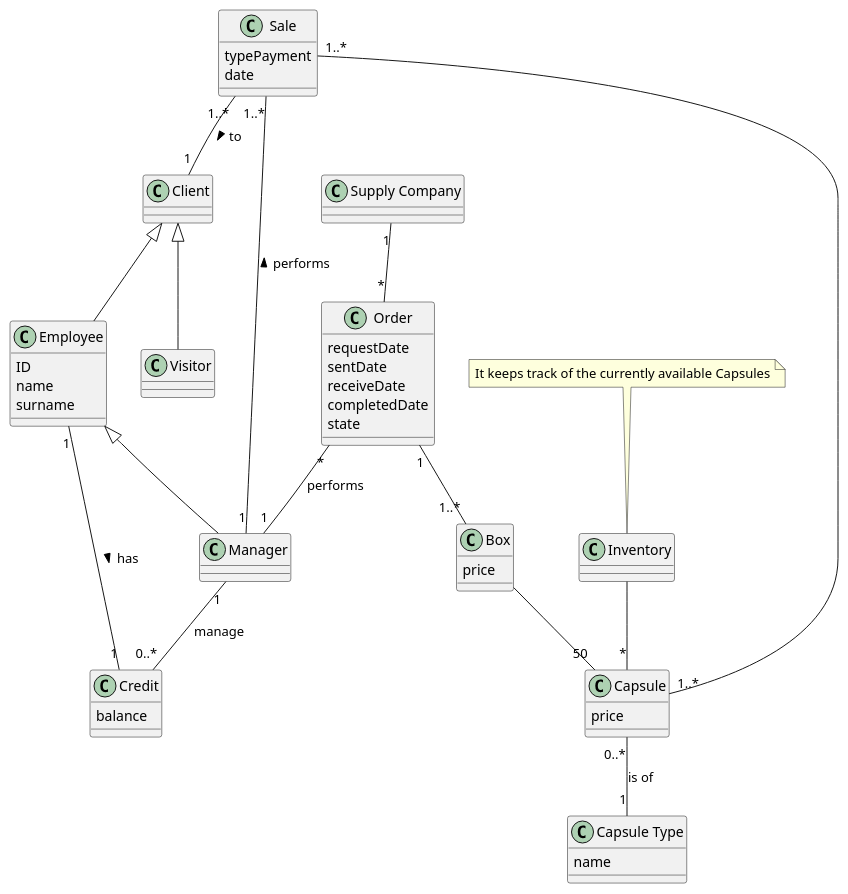
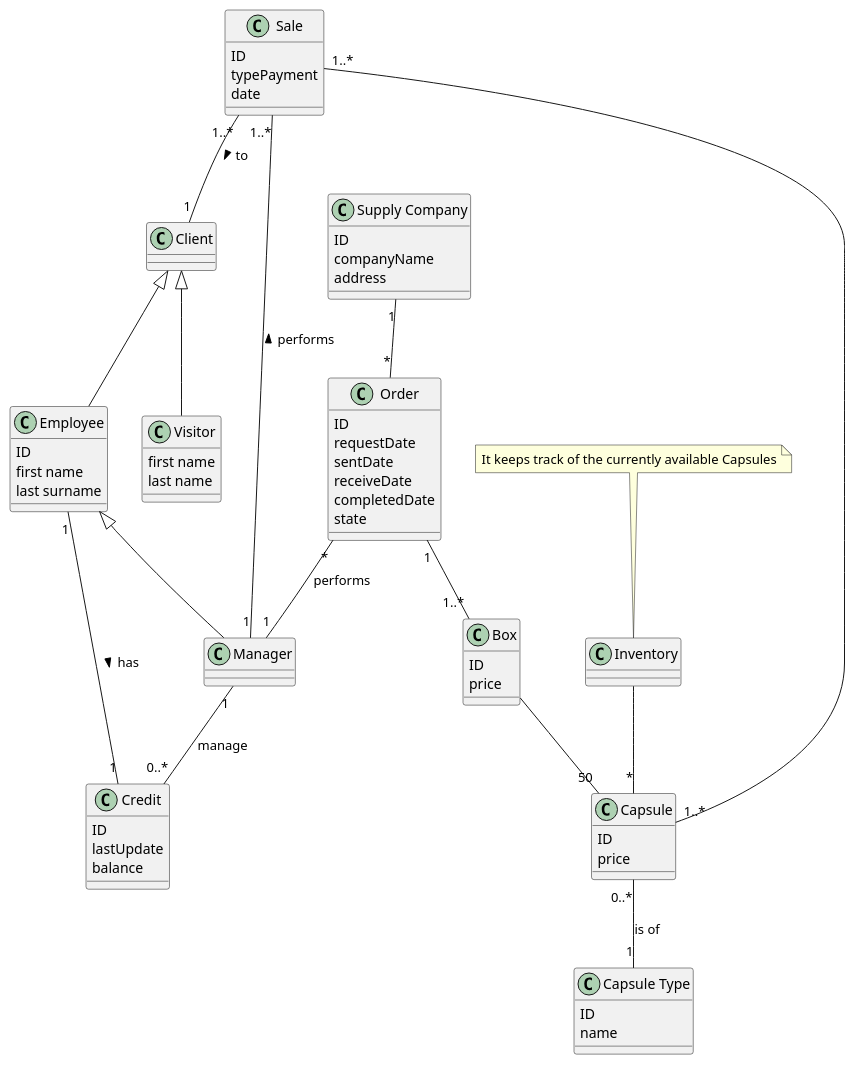
Before and after one commit to roypaulin/laTazza: the third of 4 diagrams in Project/Requirements/RequirementDocument.md, drawn with PlantUML.

Commit message:
added some attributes to the glossary classes

````diff
--- a/Project/Requirements/RequirementDocument.md
+++ b/Project/Requirements/RequirementDocument.md
@@ -344,33 +344,43 @@
 ```plantuml
 class Visitor{
+first name
+last name
 }
 
 class Employee{
 ID
-name
-surname
+first name
+last surname
 }
 
 class Client{
 }
 
 class "Supply Company"{
+ID
+companyName
+address
 }
 
 class Manager{
 }
 
 class Credit{
+ID
+lastUpdate
 balance
 }
 class Capsule{
+ID
 price
 }
 
 class "Capsule Type"{
+ID
 name
 }
 class Box {
+ID
 price
 }
 
@@ -379,11 +389,13 @@
 }
 
 class Sale{
+ID
 typePayment
 date
 }
 
 class Order{
+ID
 requestDate
 sentDate
 receiveDate
@@ -402,7 +414,6 @@
 Credit "1" -- "1" Employee: has <
 Box -- “50” Capsule
 Inventory -- "*" Capsule
-
 Client <|-- Employee
 Client <|-- Visitor
 
````
